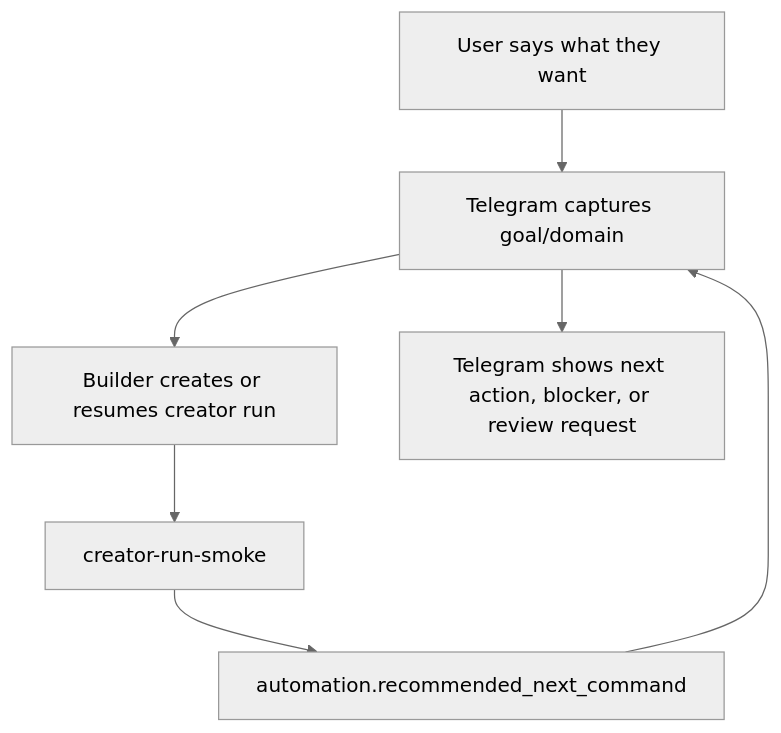
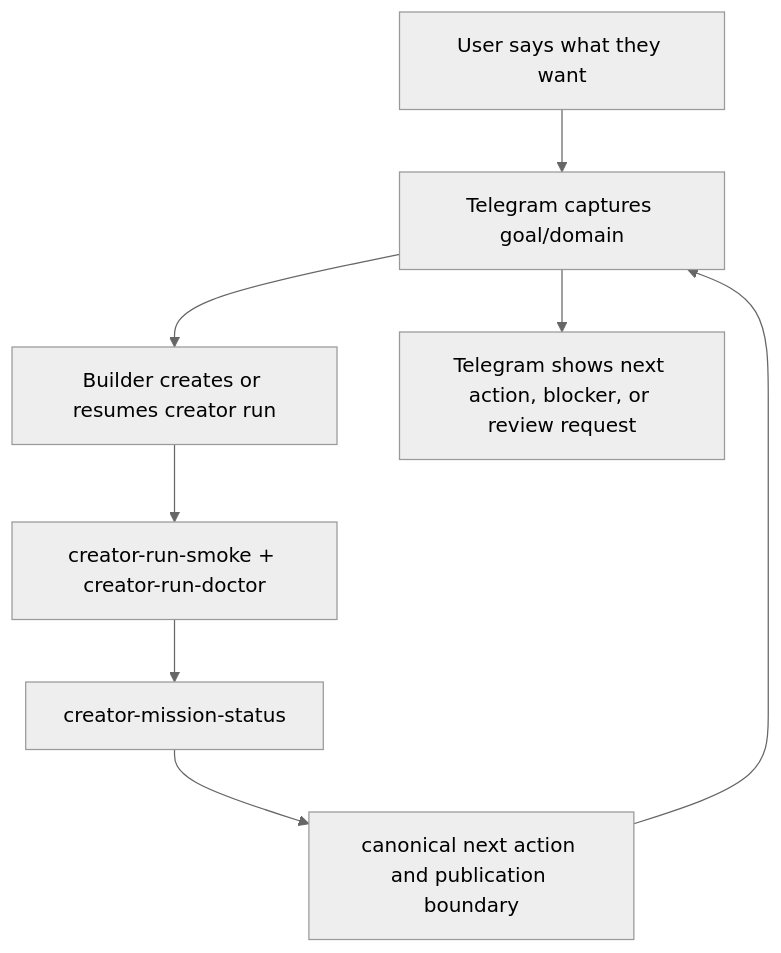
One commit to vibeforge1111/spark-domain-chip-labs changed the second of 2 diagrams in docs/creator_system/PHASE_2_PRODUCT_FLOW_BACKLOG.md. Above: the diagram before and after it, drawn with Mermaid (neutral theme). The commit also changed other lines of this file and 3 other files, not shown here.

Commit message:
Align product flow docs to mission adapter

````diff
--- a/docs/creator_system/PHASE_2_PRODUCT_FLOW_BACKLOG.md
+++ b/docs/creator_system/PHASE_2_PRODUCT_FLOW_BACKLOG.md
@@ -65,9 +77,10 @@
 ```mermaid
 flowchart TD
   U["User says what they want"] --> T["Telegram captures goal/domain"]
   T --> B["Builder creates or resumes creator run"]
-  B --> S["creator-run-smoke"]
-  S --> A["automation.recommended_next_command"]
+  B --> S["creator-run-smoke + creator-run-doctor"]
+  S --> M["creator-mission-status"]
+  M --> A["canonical next action and publication boundary"]
   A --> T
   T --> U2["Telegram shows next action, blocker, or review request"]
 ```
````
